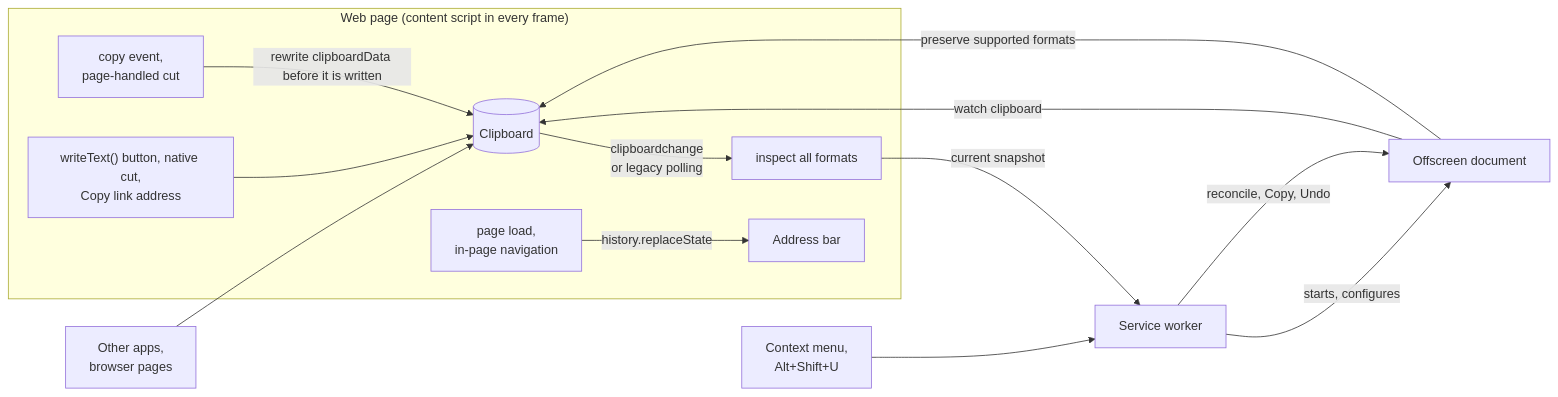
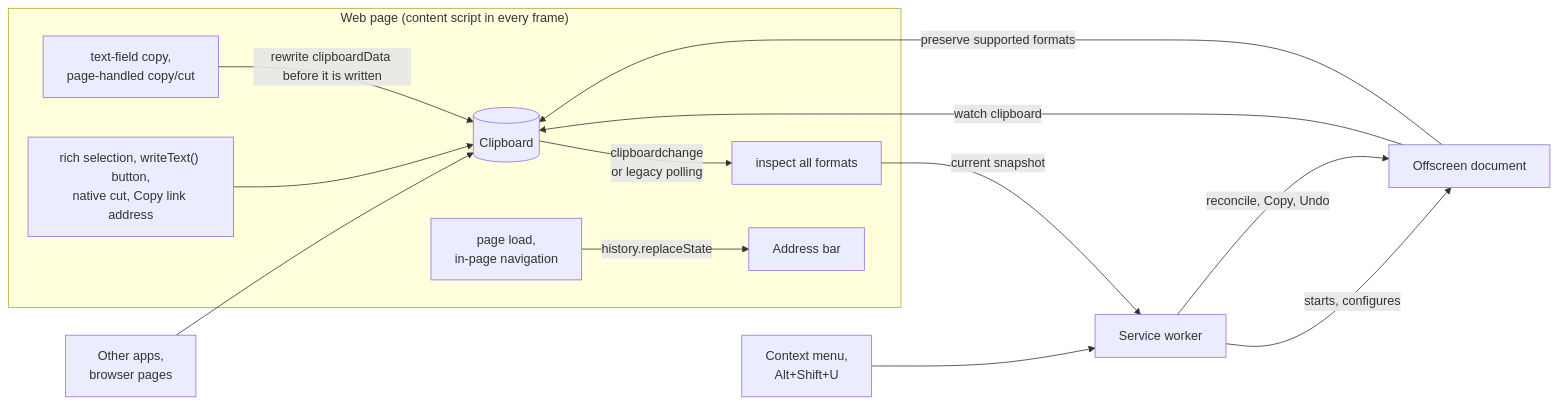
The diagram in README.md (pszemraj/utm-randomizer), drawn with Mermaid before and after one commit. The commit also changed other lines of this file and 4 other files, not shown here.

````diff
--- a/README.md
+++ b/README.md
@@ -75,16 +75,16 @@
 ```mermaid
 flowchart LR
   subgraph page["Web page (content script in every frame)"]
-    copy["copy event,<br/>page-handled cut"] -->|"rewrite clipboardData before it is written"| clip[("Clipboard")]
-    other["writeText() button, native cut,<br/>Copy link address"] --> clip
+    copy["text-field copy,<br/>page-handled copy/cut"] -->|"rewrite clipboardData before it is written"| clip[("Clipboard")]
+    other["rich selection, writeText() button,<br/>native cut, Copy link address"] --> clip
     clip -->|"clipboardchange<br/>or legacy polling"| fix["inspect all formats"]
     load["page load,<br/>in-page navigation"] -->|"history.replaceState"| bar["Address bar"]
   end
   apps["Other apps,<br/>browser pages"] --> clip
   worker["Service worker"] -->|"starts, configures"| offscreen["Offscreen document"]
   offscreen -->|"watch clipboard"| clip
   fix -->|"current snapshot"| worker
   worker -->|"reconcile, Copy, Undo"| offscreen
   offscreen -->|"preserve supported formats"| clip
   menu["Context menu,<br/>Alt+Shift+U"] --> worker
 ```
````
